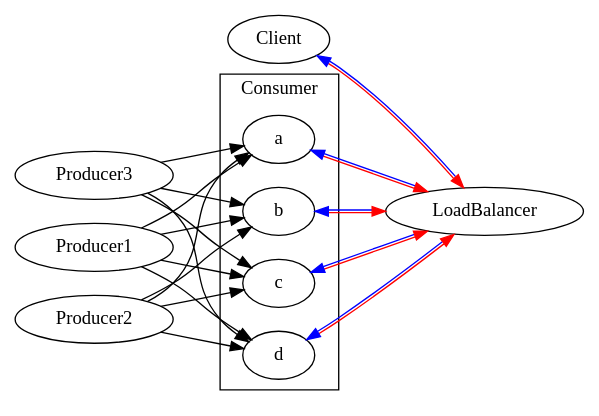
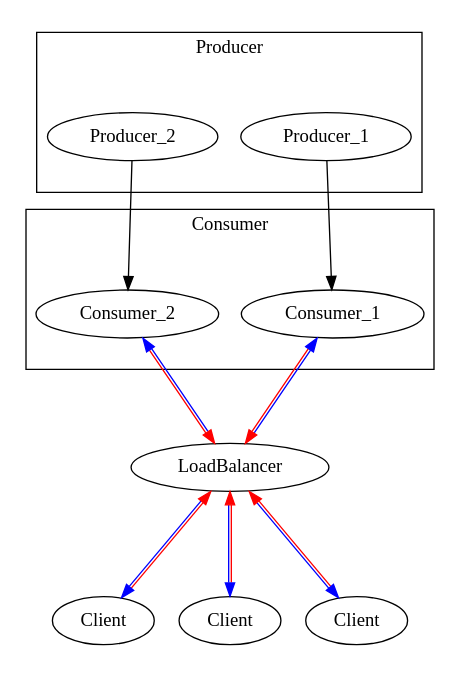
Before and after one commit to KeyboardKobold/go-failover: the diagram in graphviz/scene_ovrld_unsync_ldblc_multiprod.dot, drawn with Graphviz. The commit also changed 1 other file, not shown here.

Commit message:
adapted to reflect actual architecture (also enlarged again:) )

```diff
--- a/graphviz/scene_ovrld_unsync_ldblc_multiprod.dot
+++ b/graphviz/scene_ovrld_unsync_ldblc_multiprod.dot
@@ -1,15 +1,30 @@
 digraph {
-
     overlap=scale
-    rankdir=LR;
+    ratio="1.5"
     compound=true;
 
     subgraph cluster0 {
         label="Consumer";
-        a; b; c; d;
+        Consumer_1; Consumer_2;
+        rank="same";
     }
 
-    {Producer1 Producer2 Producer3} -> { a b c d }
-    { a b c d } -> LoadBalancer [dir=both color="red:blue"]
-    Client -> LoadBalancer [dir=both color="red:blue"]
+    subgraph cluster1 {
+        label="Producer";
+        Producer_1; Producer_2;
+        rank="same";
+    }
+
+    Producer_1 -> Consumer_1
+    Producer_2 -> Consumer_2
+    { Consumer_1 Consumer_2 } -> LoadBalancer [dir=both color="red:blue"]
+
+
+    { rank = sink; Client_1 [label="Client"] }
+    { rank = sink; Client_2 [label="Client"] }
+    { rank = sink; Client_3 [label="Client"] }
+
+    Client_1 -> LoadBalancer [dir=both color="red:blue"]
+    Client_2 -> LoadBalancer [dir=both color="red:blue"]
+    Client_3 -> LoadBalancer [dir=both color="red:blue"]
 }
```
